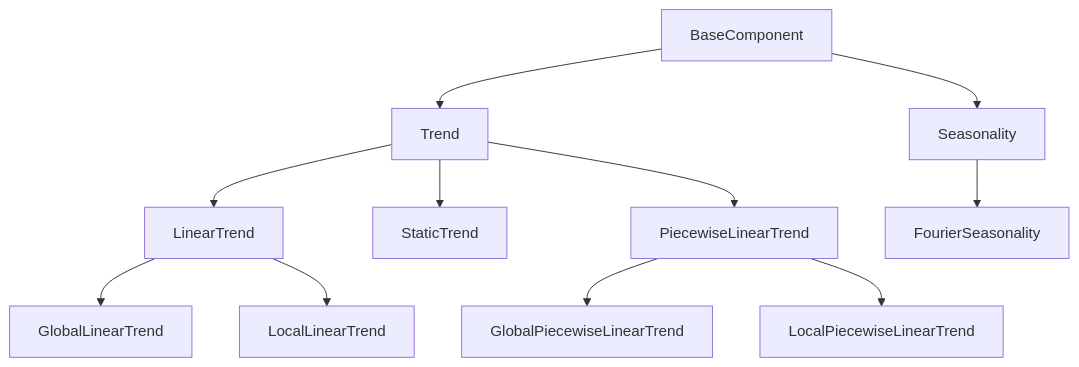
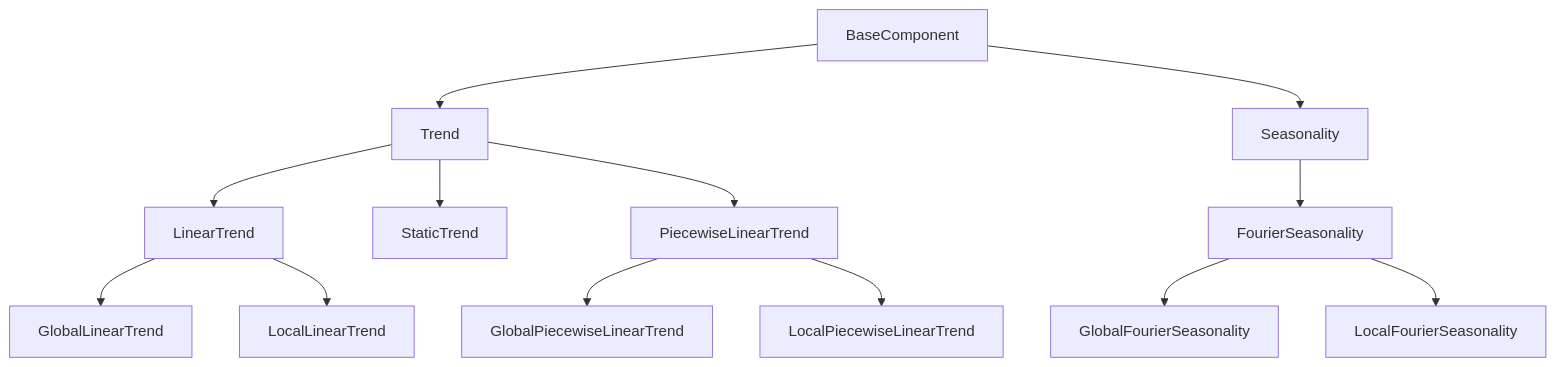
Before and after one commit to ourownstory/neural_prophet: the diagram in neuralprophet/components/README.md, drawn with Mermaid.

Commit message:
update component Readme

````diff
--- a/neuralprophet/components/README.md
+++ b/neuralprophet/components/README.md
@@ -4,13 +4,15 @@
 ```mermaid
 flowchart TD
     BaseComponent --> Trend
     Trend --> LinearTrend
     LinearTrend --> GlobalLinearTrend
     LinearTrend --> LocalLinearTrend
     Trend --> StaticTrend
     Trend --> PiecewiseLinearTrend
     PiecewiseLinearTrend --> GlobalPiecewiseLinearTrend
     PiecewiseLinearTrend --> LocalPiecewiseLinearTrend
     BaseComponent --> Seasonality
     Seasonality --> FourierSeasonality
+    FourierSeasonality --> GlobalFourierSeasonality
+    FourierSeasonality --> LocalFourierSeasonality
 ```
````
